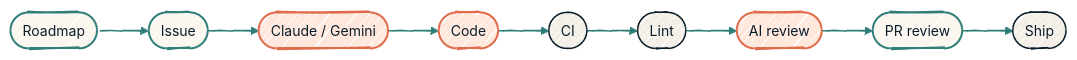
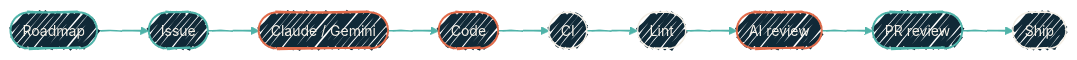
Before and after one commit to dryvist/docs: the diagram in architecture/ai-pipeline.mdx, drawn with Mermaid. The commit also changed 11 other files, not shown here.

````diff
--- a/architecture/ai-pipeline.mdx
+++ b/architecture/ai-pipeline.mdx
@@ -16,25 +16,25 @@
 ```mermaid
-%%{init: {'theme':'base','look':'handDrawn','themeVariables':{'fontFamily':'Geist','fontSize':'14px','primaryColor':'#FBF7EE','primaryTextColor':'#0B1D2A','primaryBorderColor':'#2F7E78','lineColor':'#2F7E78','secondaryColor':'#F4EFE6','tertiaryColor':'#FFE7DC','clusterBkg':'rgba(47,126,120,0.06)','clusterBorder':'#2F7E78'}}}%%
+%%{init: {'theme':'base','look':'handDrawn','themeVariables':{'fontFamily':'Geist','fontSize':'14px','primaryColor':'#102937','primaryTextColor':'#F4EFE6','primaryBorderColor':'#4FB3A9','lineColor':'#4FB3A9','secondaryColor':'#0B1D2A','tertiaryColor':'#1A2A38','clusterBkg':'rgba(79,179,169,0.08)','clusterBorder':'#4FB3A9'}}}%%
 flowchart LR
   H1([Roadmap])
   H2([Issue])
   A1([Claude / Gemini])
   A2([Code])
   T1([CI])
   T2([Lint])
   A3([AI review])
   H3([PR review])
   T3([Ship])
 
   H1 --> H2 --> A1 --> A2 --> T1 --> T2 --> A3 --> H3 --> T3
 
-  classDef human fill:#FBF7EE,stroke:#2F7E78,stroke-width:2px,color:#0B1D2A;
-  classDef ai    fill:#FFE7DC,stroke:#E06B4A,stroke-width:2px,color:#0B1D2A;
-  classDef auto  fill:#F4EFE6,stroke:#0B1D2A,stroke-width:1.5px,color:#0B1D2A;
+  classDef human fill:#102937,stroke:#4FB3A9,stroke-width:2px,color:#F4EFE6;
+  classDef ai    fill:#102937,stroke:#E06B4A,stroke-width:2px,color:#F4EFE6;
+  classDef auto  fill:#102937,stroke:#F4EFE6,stroke-width:1.5px,color:#F4EFE6;
 
   class H1,H2,H3 human
   class A1,A2,A3 ai
   class T1,T2,T3 auto
 
-  linkStyle default stroke:#2F7E78,stroke-width:1.5px;
+  linkStyle default stroke:#4FB3A9,stroke-width:1.5px;
 ```
````
